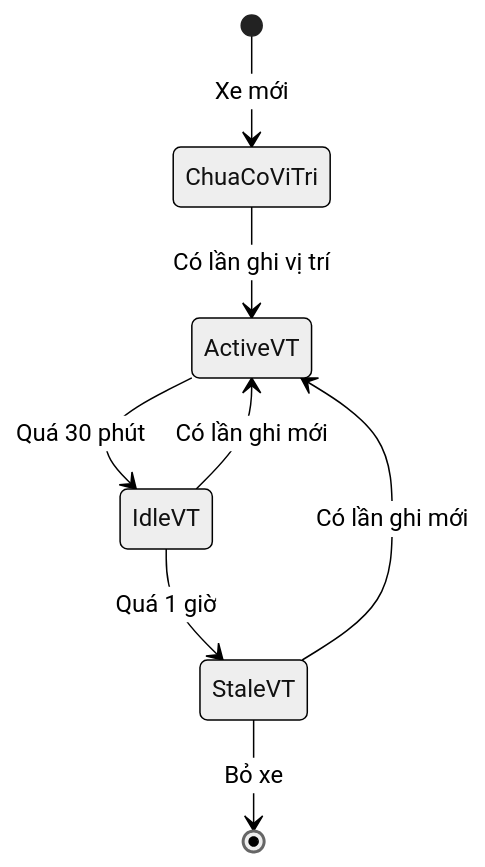
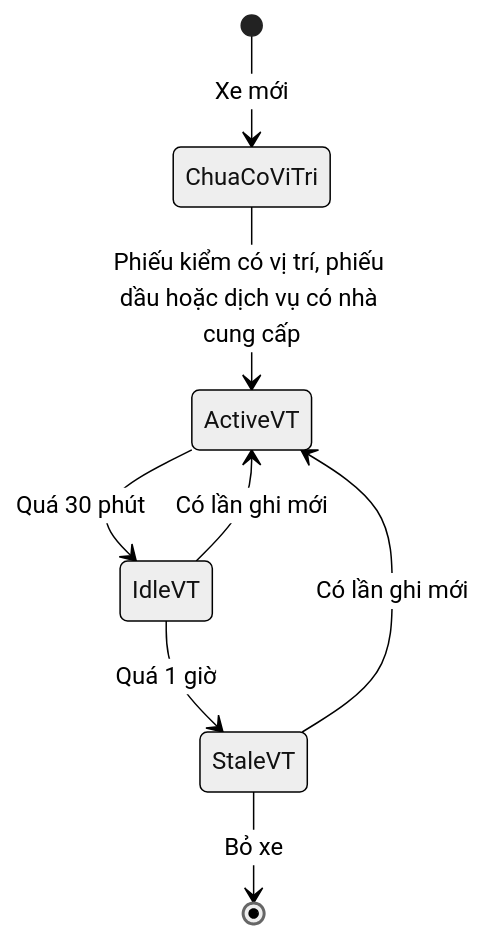
Before and after one commit to szitphan/invlogis: the third of 9 diagrams in docs/_research/fleetio/srs/fleetio-location-dispatch-states.md, drawn with Mermaid (neutral theme). The commit also changed other lines of this file and 113 other files, not shown here.

````diff
--- a/docs/_research/fleetio/srs/fleetio-location-dispatch-states.md
+++ b/docs/_research/fleetio/srs/fleetio-location-dispatch-states.md
@@ -69,10 +69,10 @@
 ```mermaid
 stateDiagram-v2
     [*] --> ChuaCoViTri: Xe mới
-    ChuaCoViTri --> ActiveVT: Có lần ghi vị trí
+    ChuaCoViTri --> ActiveVT: Phiếu kiểm có vị trí, phiếu dầu hoặc dịch vụ có nhà cung cấp
     ActiveVT --> IdleVT: Quá 30 phút
     IdleVT --> StaleVT: Quá 1 giờ
     IdleVT --> ActiveVT: Có lần ghi mới
     StaleVT --> ActiveVT: Có lần ghi mới
     StaleVT --> [*]: Bỏ xe
 ```
````
